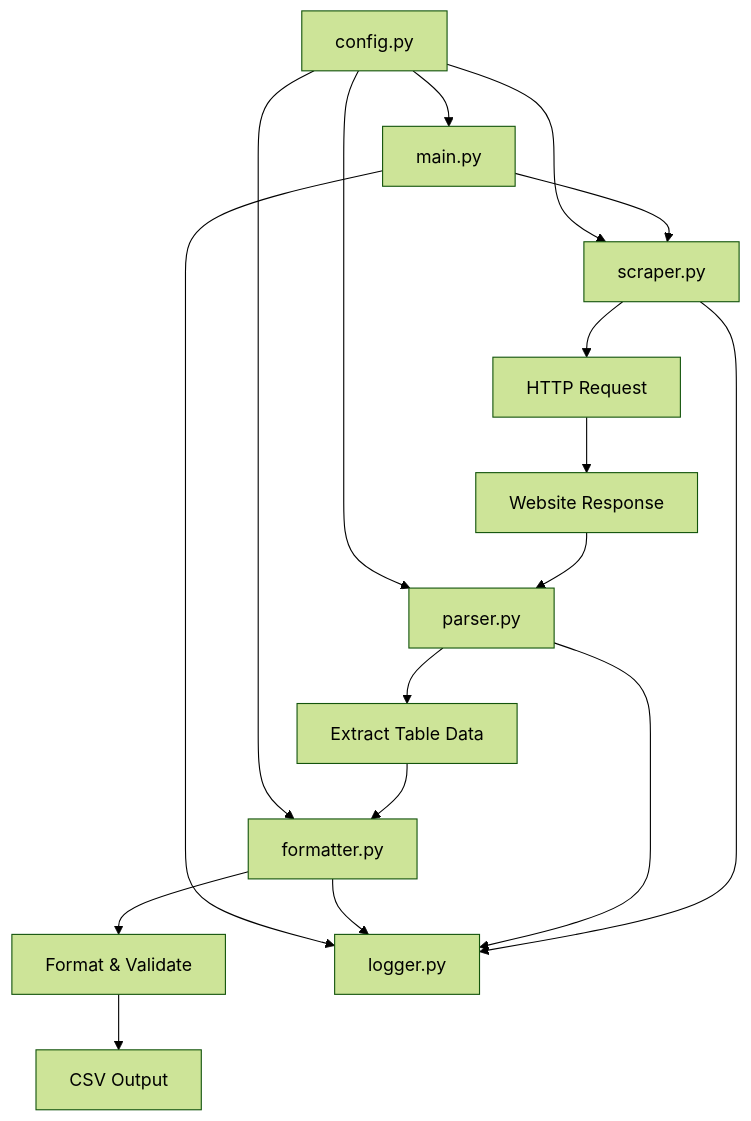
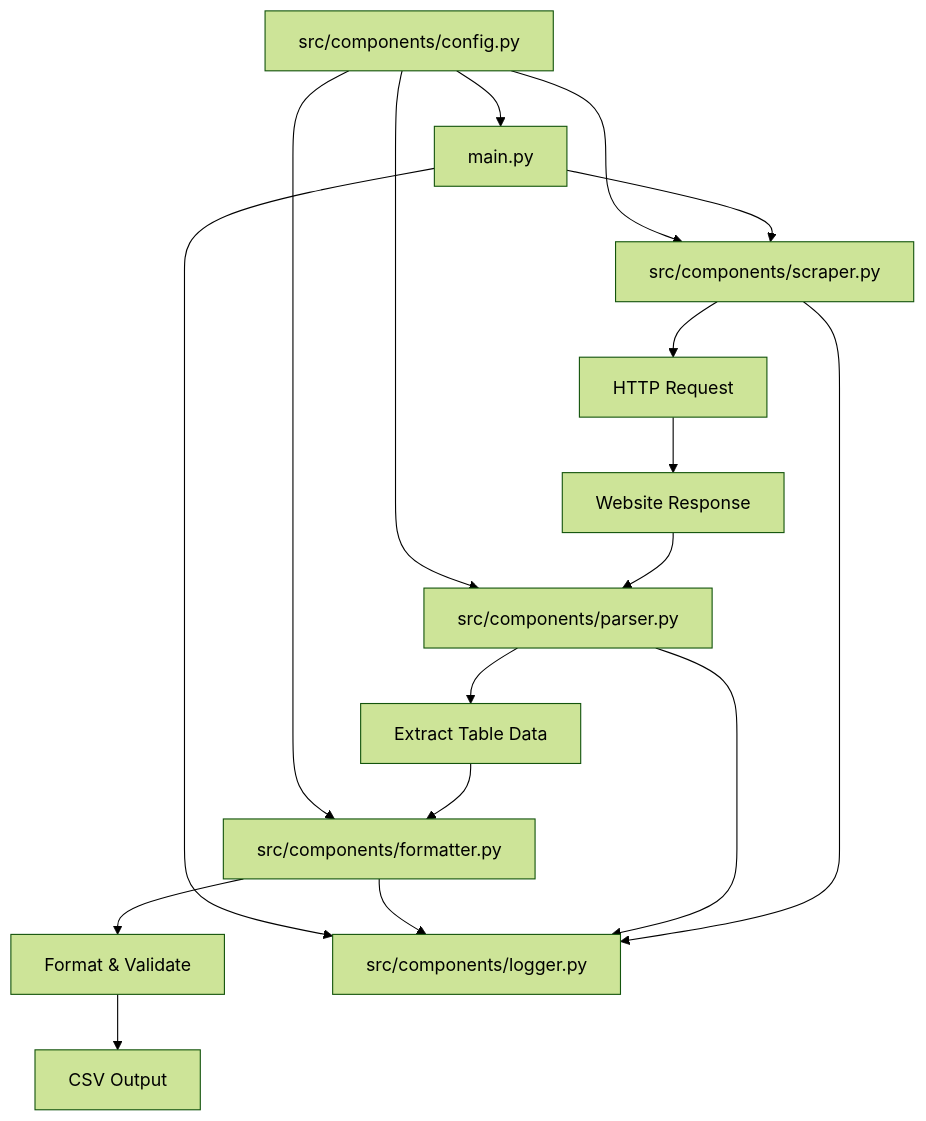
Before and after one commit to deyil/artificial-analysis-leaderboards-scraper: the diagram in specs/architecture.md, drawn with Mermaid (forest theme). The commit also changed other lines of this file and 13 other files, not shown here.

First line of the commit message:
refactor: streamline scraper architecture and dependencies

````diff
--- a/specs/architecture.md
+++ b/specs/architecture.md
@@ -147,21 +117,21 @@
 ```mermaid
 graph TD
-    A[main.py] --> B[scraper.py]
+    A[main.py] --> B[src/components/scraper.py]
     B --> C[HTTP Request]
     C --> D[Website Response]
-    D --> E[parser.py]
+    D --> E[src/components/parser.py]
     E --> F[Extract Table Data]
-    F --> G[formatter.py]
+    F --> G[src/components/formatter.py]
     G --> H[Format & Validate]
     H --> I[CSV Output]
     
-    B --> J[logger.py]
+    B --> J[src/components/logger.py]
     E --> J
     G --> J
     A --> J
     
-    K[config.py] --> A
+    K[src/components/config.py] --> A
     K --> B
     K --> E
     K --> G
 ```
````
